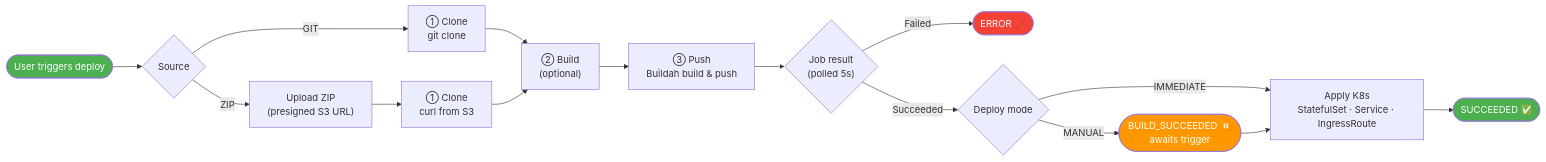
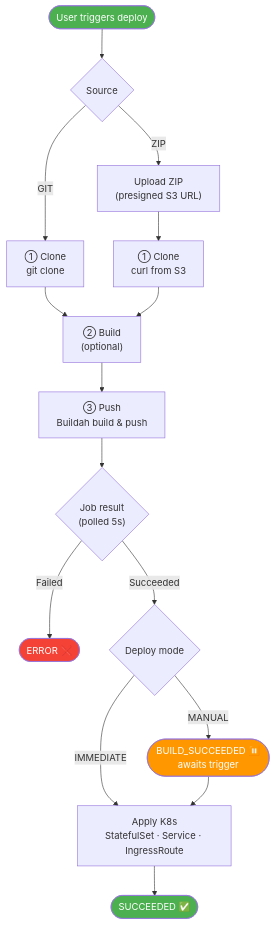
Before and after one commit to wellCh4n/oops: the first of 2 diagrams in README.md, drawn with Mermaid. The commit also changed other lines of this file and 1 other file, not shown here.

Commit message:
docs: switch mermaid diagrams to top-down layout

````diff
--- a/README.md
+++ b/README.md
@@ -99,22 +99,22 @@
 ```mermaid
-flowchart LR
+flowchart TD
     Start([User triggers deploy]) --> Src{Source}
     Src -->|GIT| Clone["① Clone<br/>git clone"]
     Src -->|ZIP| Upload["Upload ZIP<br/>(presigned S3 URL)"]
     Upload --> CloneZ["① Clone<br/>curl from S3"]
     Clone --> Build["② Build<br/>(optional)"]
     CloneZ --> Build
     Build --> Push["③ Push<br/>Buildah build & push"]
     Push --> Scan{"Job result<br/>(polled 5s)"}
     Scan -->|Failed| Err([ERROR ❌])
     Scan -->|Succeeded| Mode{Deploy mode}
     Mode -->|MANUAL| Wait([BUILD_SUCCEEDED ⏸️<br/>awaits trigger])
     Mode -->|IMMEDIATE| Deploy["Apply K8s<br/>StatefulSet · Service · IngressRoute"]
     Wait --> Deploy
     Deploy --> Ok([SUCCEEDED ✅])
 
     style Start fill:#4CAF50,color:#fff
     style Ok fill:#4CAF50,color:#fff
     style Err fill:#f44336,color:#fff
     style Wait fill:#FF9800,color:#fff
 ```
````
